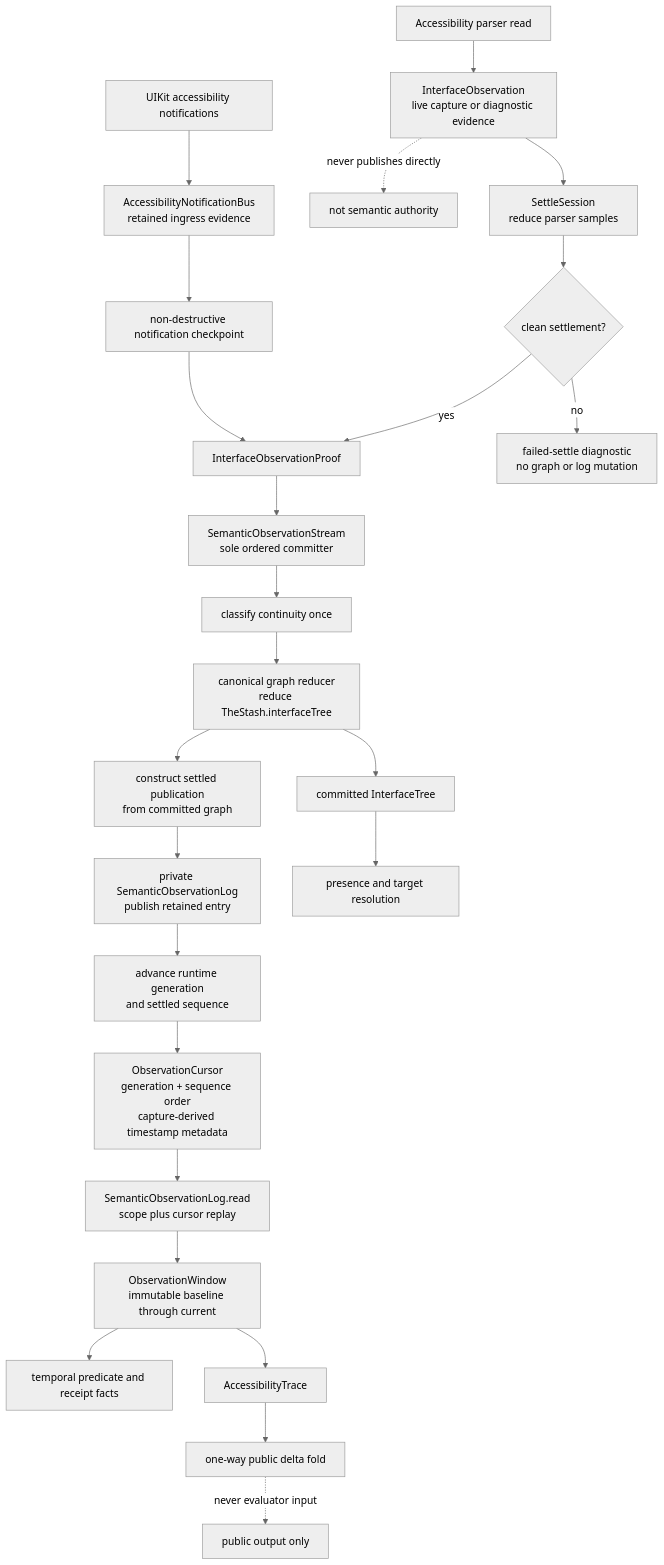
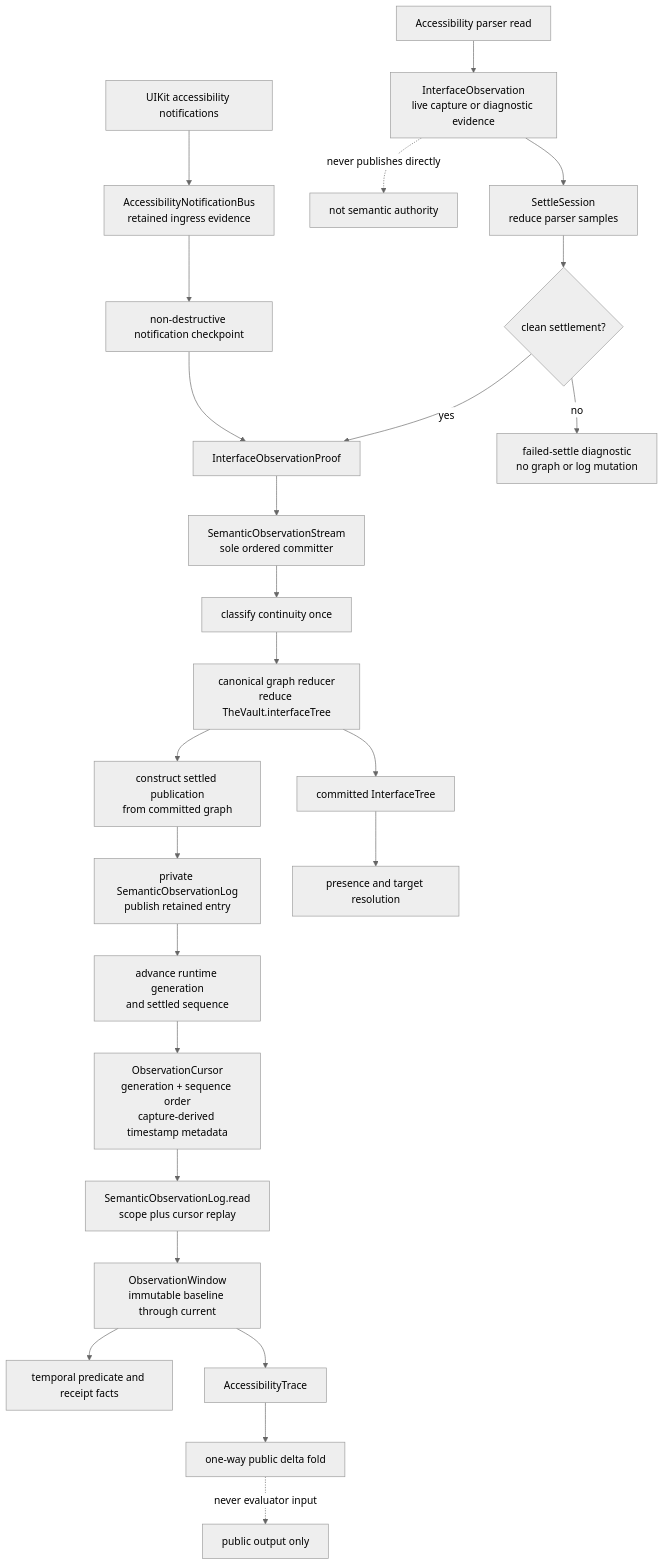
The first of 5 diagrams in docs/diagrams/observation-pipeline.md (RoyalPineapple/TheButtonHeist), drawn with Mermaid (neutral theme) before and after one commit. The commit also changed other lines of this file and 118 other files, not shown here.

````diff
--- a/docs/diagrams/observation-pipeline.md
+++ b/docs/diagrams/observation-pipeline.md
@@ -30,29 +30,29 @@
 ```mermaid
 flowchart TD
     Parser["Accessibility parser read"] --> Raw["InterfaceObservation<br/>live capture or diagnostic evidence"]
     Raw --> Settle["SettleSession<br/>reduce parser samples"]
     Raw -. "never publishes directly" .-> NoAuthority["not semantic authority"]
     Signals["UIKit accessibility notifications"] --> Bus["AccessibilityNotificationBus<br/>retained ingress evidence"]
     Bus --> Checkpoint["non-destructive notification checkpoint"]
     Checkpoint --> Proof
     Settle --> Clean{"clean settlement?"}
     Clean -->|no| Diagnostic["failed-settle diagnostic<br/>no graph or log mutation"]
     Clean -->|yes| Proof["InterfaceObservationProof"]
 
     Proof --> Committer["SemanticObservationStream<br/>sole ordered committer"]
     Committer --> Continuity["classify continuity once"]
-    Continuity --> Graph["canonical graph reducer<br/>reduce TheStash.interfaceTree"]
+    Continuity --> Graph["canonical graph reducer<br/>reduce TheVault.interfaceTree"]
     Graph --> Publication["construct settled publication<br/>from committed graph"]
     Publication --> Log["private SemanticObservationLog<br/>publish retained entry"]
     Log --> Runtime["advance runtime generation<br/>and settled sequence"]
     Runtime --> Cursor["ObservationCursor<br/>generation + sequence order<br/>capture-derived timestamp metadata"]
     Cursor --> Entries["SemanticObservationLog.read<br/>scope plus cursor replay"]
 
     Current["committed InterfaceTree"] --> Presence["presence and target resolution"]
     Graph --> Current
     Entries --> Window["ObservationWindow<br/>immutable baseline through current"]
     Window --> Temporal["temporal predicate and receipt facts"]
     Window --> Trace["AccessibilityTrace"]
     Trace --> Delta["one-way public delta fold"]
     Delta -. "never evaluator input" .-> Output["public output only"]
 ```
````
